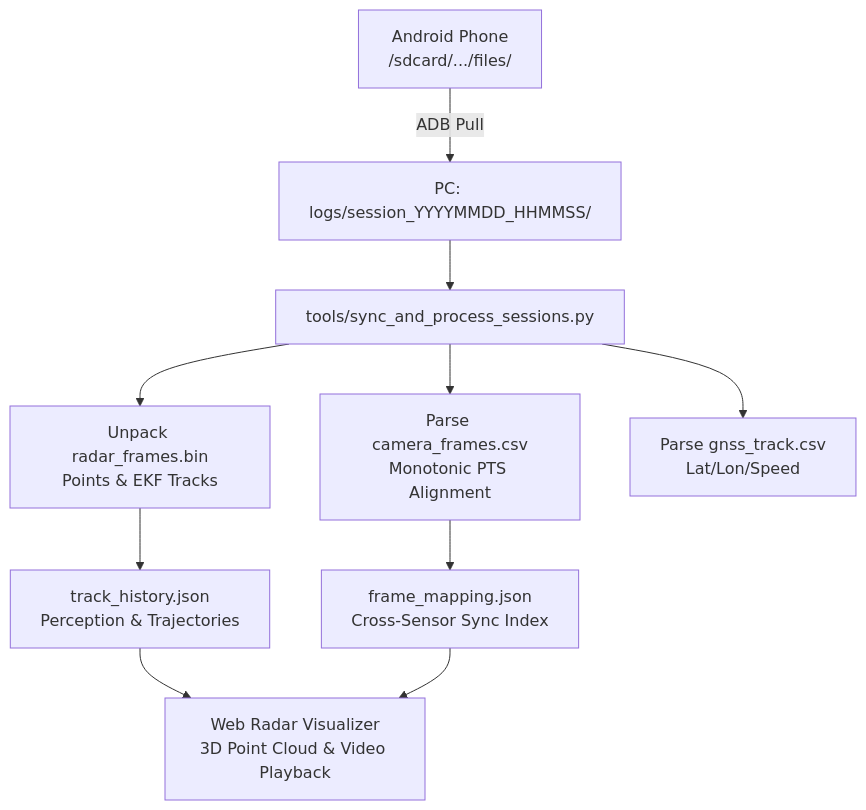
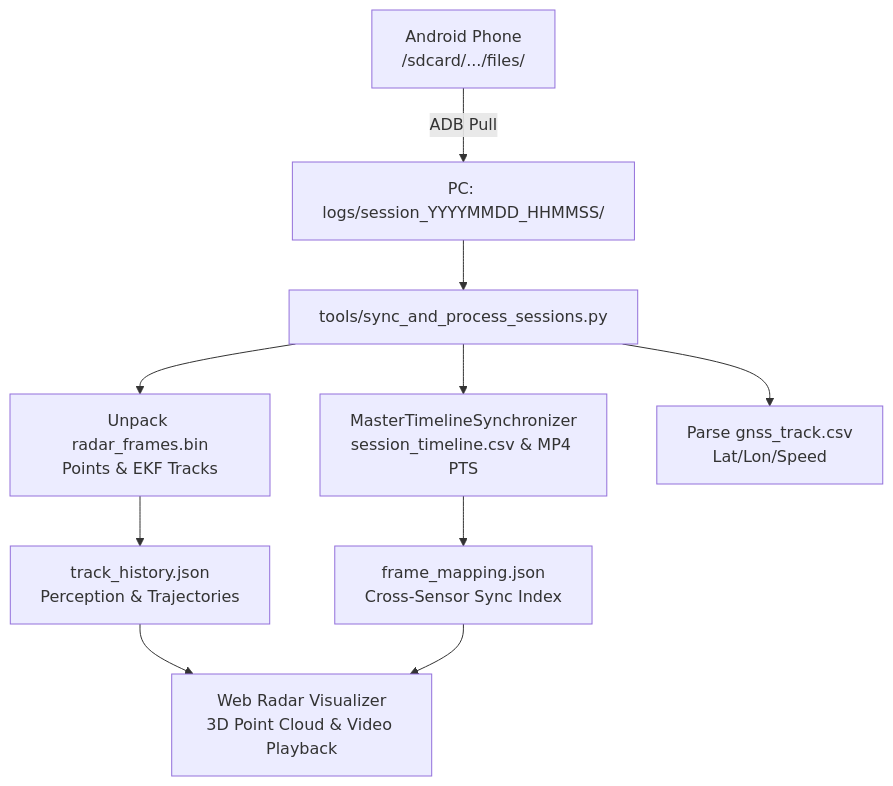
One commit to kadurushil/RoadSense_logger changed the first of 2 diagrams in context/06_PC_TOOLING_AND_VISUALIZER_PIPELINE.md. Above: the diagram before and after it, drawn with Mermaid. The commit also changed other lines of this file and 6 other files, not shown here.

````diff
--- a/context/06_PC_TOOLING_AND_VISUALIZER_PIPELINE.md
+++ b/context/06_PC_TOOLING_AND_VISUALIZER_PIPELINE.md
@@ -17,16 +17,16 @@
 ```mermaid
 graph TD
     PhoneDevice[Android Phone<br>/sdcard/.../files/] -->|ADB Pull| PCLegacy[PC: logs/session_YYYYMMDD_HHMMSS/]
     
     PCLegacy --> PythonScript[tools/sync_and_process_sessions.py]
     
     PythonScript --> UnpackRadar[Unpack radar_frames.bin<br>Points & EKF Tracks]
-    PythonScript --> UnpackVideo[Parse camera_frames.csv<br>Monotonic PTS Alignment]
+    PythonScript --> UnpackVideo[MasterTimelineSynchronizer<br>session_timeline.csv & MP4 PTS]
     PythonScript --> UnpackGNSS[Parse gnss_track.csv<br>Lat/Lon/Speed]
     
     UnpackRadar --> TrackHistory[track_history.json<br>Perception & Trajectories]
     UnpackVideo --> FrameMapping[frame_mapping.json<br>Cross-Sensor Sync Index]
     
     TrackHistory --> WebVisualizer[Web Radar Visualizer<br>3D Point Cloud & Video Playback]
     FrameMapping --> WebVisualizer
 ```
````
